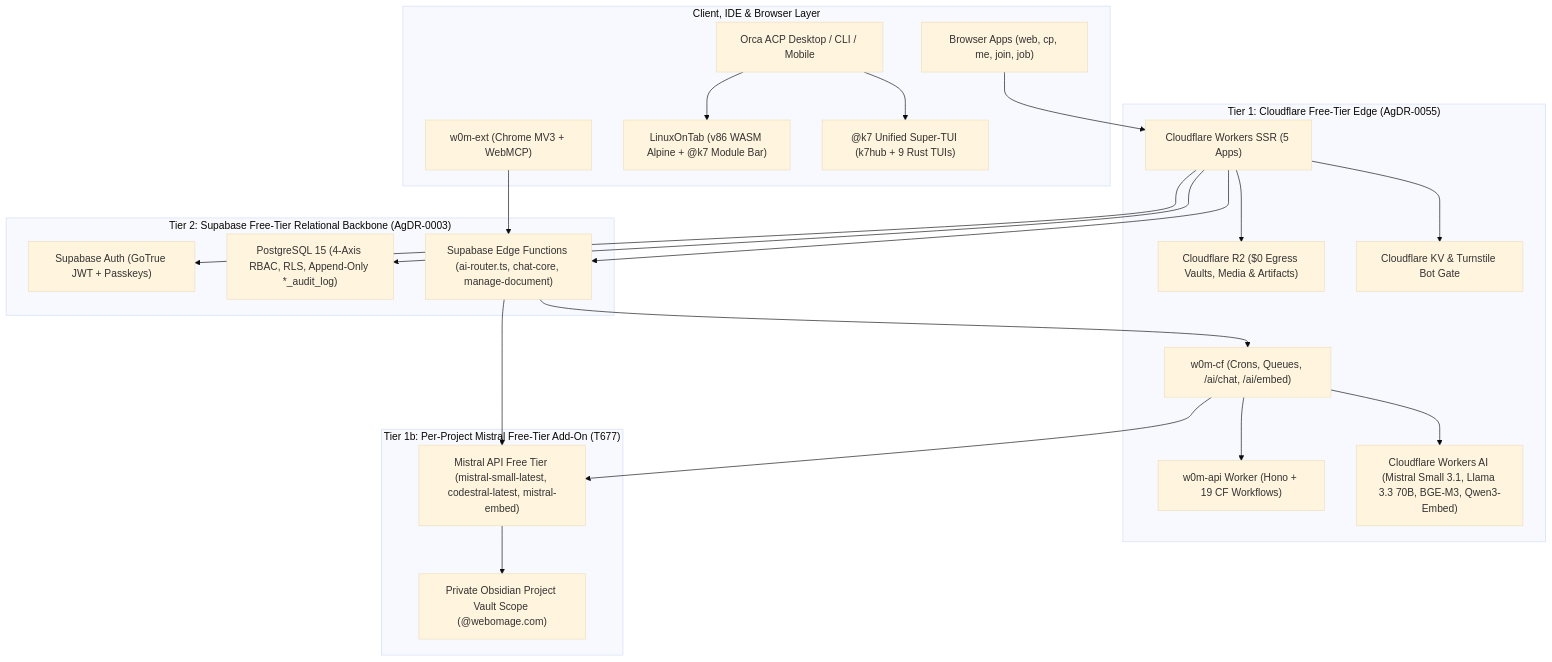
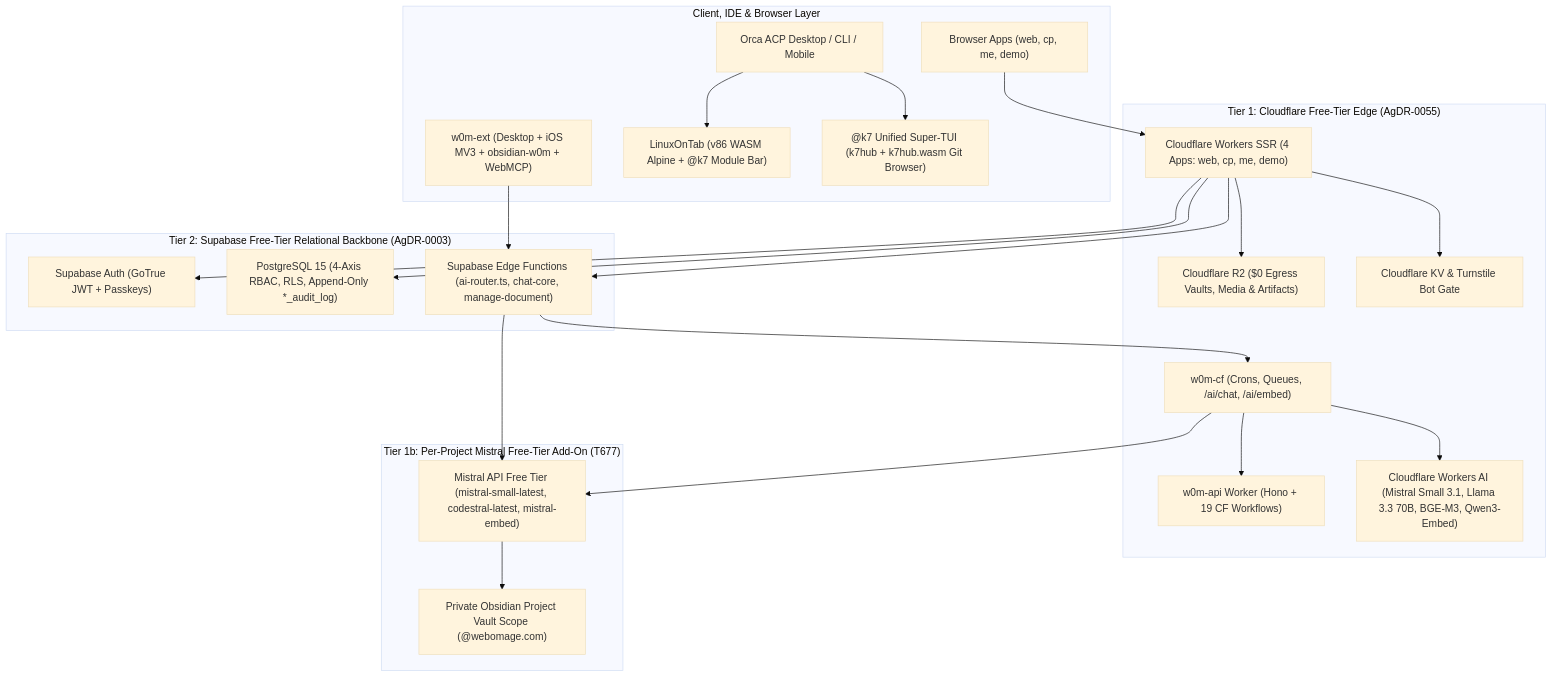
Before and after one commit to webomage/a2ui-vinext: the diagram in docs/ARCHITECTURE.md, drawn with Mermaid (base theme). The commit also changed other lines of this file and 6 other files, not shown here.

````diff
--- a/docs/ARCHITECTURE.md
+++ b/docs/ARCHITECTURE.md
@@ -24,46 +24,46 @@
 ```mermaid
 flowchart TD
     subgraph ClientLayer["Client, IDE & Browser Layer"]
-        Browser["Browser Apps (web, cp, me, join, job)"]
-        Ext["w0m-ext (Chrome MV3 + WebMCP)"]
+        Browser["Browser Apps (web, cp, me, demo)"]
+        Ext["w0m-ext (Desktop + iOS MV3 + obsidian-w0m + WebMCP)"]
         Orca["Orca ACP Desktop / CLI / Mobile"]
         LOT["LinuxOnTab (v86 WASM Alpine + @k7 Module Bar)"]
-        K7["@k7 Unified Super-TUI (k7hub + 9 Rust TUIs)"]
+        K7["@k7 Unified Super-TUI (k7hub + k7hub.wasm Git Browser)"]
     end
 
     subgraph EdgeLayer["Tier 1: Cloudflare Free-Tier Edge (AgDR-0055)"]
-        CFPages["Cloudflare Workers SSR (5 Apps)"]
+        CFPages["Cloudflare Workers SSR (4 Apps: web, cp, me, demo)"]
         CFWork["w0m-cf (Crons, Queues, /ai/chat, /ai/embed)"]
         CFApi["w0m-api Worker (Hono + 19 CF Workflows)"]
         CFR2["Cloudflare R2 ($0 Egress Vaults, Media & Artifacts)"]
         CFKV["Cloudflare KV & Turnstile Bot Gate"]
         CFAI["Cloudflare Workers AI (Mistral Small 3.1, Llama 3.3 70B, BGE-M3, Qwen3-Embed)"]
     end
 
     subgraph AddonAI["Tier 1b: Per-Project Mistral Free-Tier Add-On (T677)"]
         Mistral["Mistral API Free Tier (mistral-small-latest, codestral-latest, mistral-embed)"]
         ObsidianScope["Private Obsidian Project Vault Scope (<project>@webomage.com)"]
     end
 
     subgraph DataLayer["Tier 2: Supabase Free-Tier Relational Backbone (AgDR-0003)"]
         GoTrue["Supabase Auth (GoTrue JWT + Passkeys)"]
         PG["PostgreSQL 15 (4-Axis RBAC, RLS, Append-Only *_audit_log)"]
         EdgeFn["Supabase Edge Functions (ai-router.ts, chat-core, manage-document)"]
     end
 
     Browser --> CFPages
     Ext --> EdgeFn
     Orca --> LOT
     Orca --> K7
     CFPages --> GoTrue
     CFPages --> PG
     CFPages --> EdgeFn
     CFPages --> CFR2
     CFPages --> CFKV
     EdgeFn --> CFWork
     EdgeFn --> Mistral
     CFWork --> CFAI
     CFWork --> Mistral
     CFWork --> CFApi
     Mistral --> ObsidianScope
 ```
````
